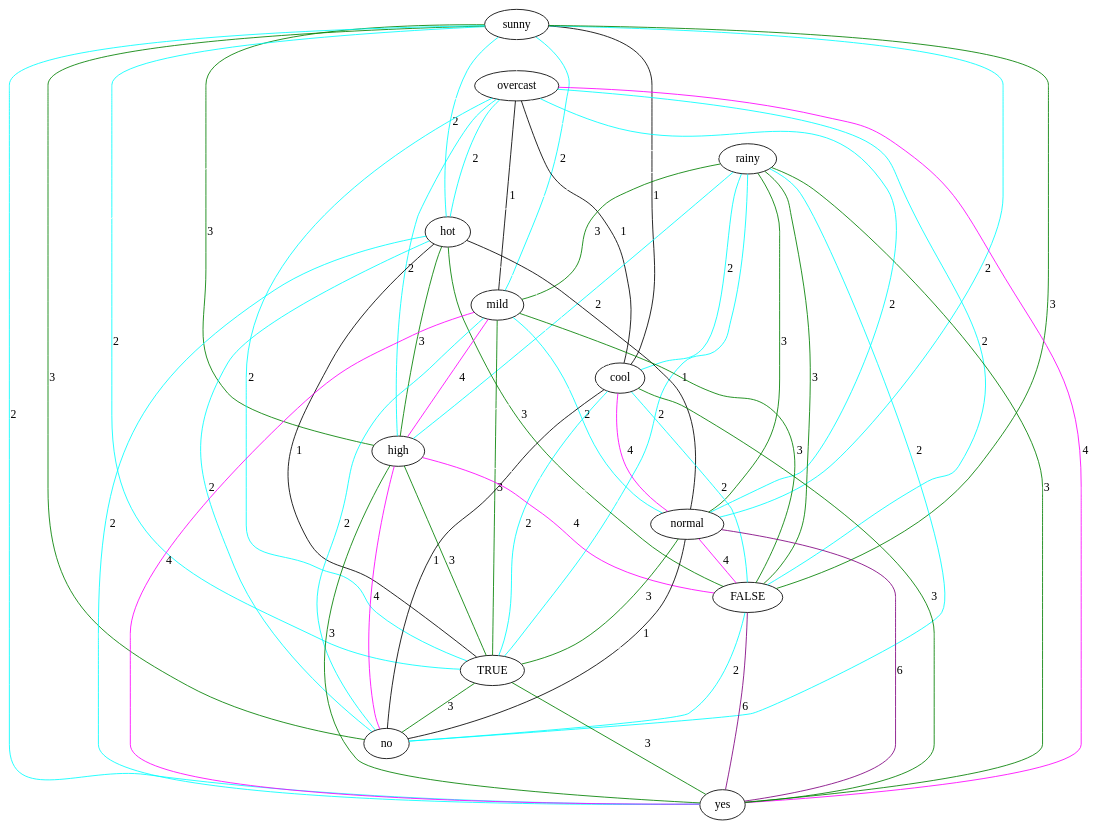
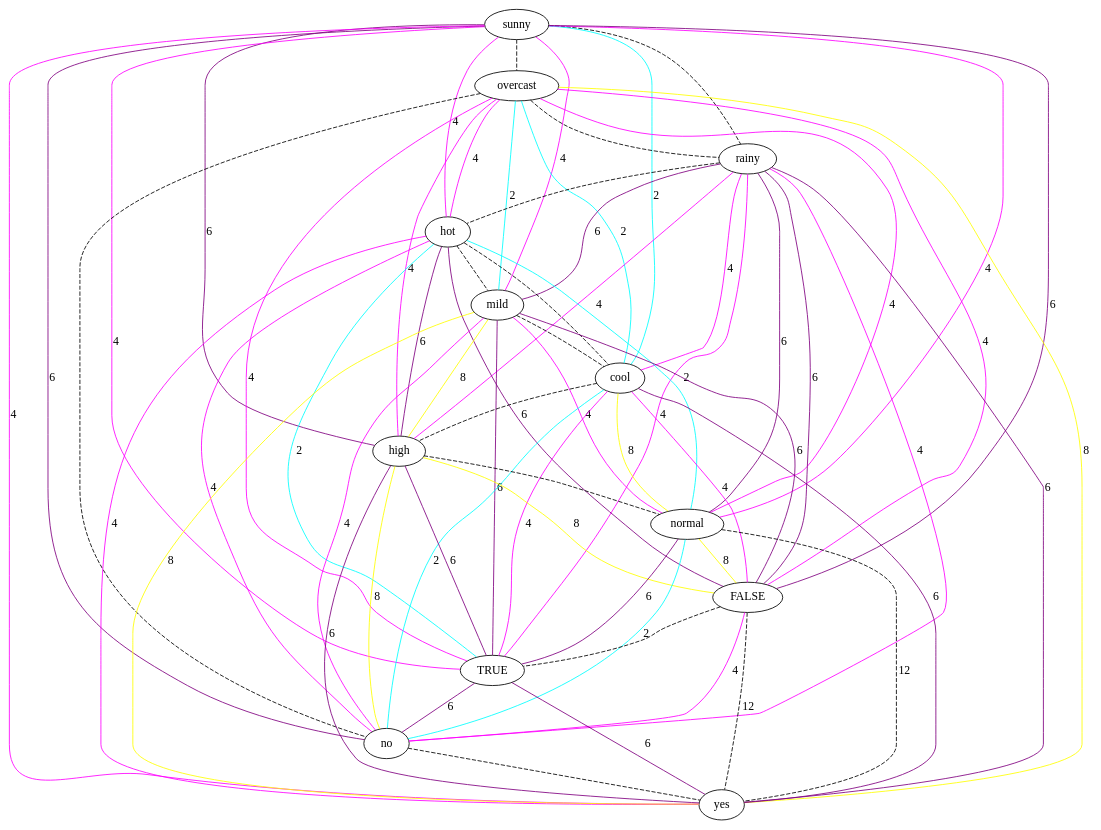
The diagram in src/final/linearGraph.dot (lrodrin/TFG), drawn with Graphviz before and after one commit. The commit also changed 9 other files, not shown here.

```diff
--- a/src/final/linearGraph.dot
+++ b/src/final/linearGraph.dot
@@ -1,80 +1,80 @@
 strict graph "" {
 sunny;
 overcast;
 rainy;
 hot;
 mild;
 cool;
 high;
 normal;
 FALSE;
 TRUE;
 no;
 yes;
-sunny -- overcast  [color=white];
-sunny -- rainy  [color=white];
-sunny -- hot  [color=cyan, label=2];
-sunny -- mild  [color=cyan, label=2];
-sunny -- cool  [color=black, label=1];
-sunny -- high  [color=green, label=3];
-sunny -- normal  [color=cyan, label=2];
-sunny -- FALSE  [color=green, label=3];
-sunny -- TRUE  [color=cyan, label=2];
-sunny -- no  [color=green, label=3];
-sunny -- yes  [color=cyan, label=2];
-overcast -- rainy  [color=white];
-overcast -- hot  [color=cyan, label=2];
-overcast -- mild  [color=black, label=1];
-overcast -- cool  [color=black, label=1];
-overcast -- high  [color=cyan, label=2];
-overcast -- normal  [color=cyan, label=2];
-overcast -- FALSE  [color=cyan, label=2];
-overcast -- TRUE  [color=cyan, label=2];
-overcast -- no  [color=white];
-overcast -- yes  [color=magenta, label=4];
-rainy -- hot  [color=white];
-rainy -- mild  [color=green, label=3];
-rainy -- cool  [color=cyan, label=2];
-rainy -- high  [color=cyan, label=2];
-rainy -- normal  [color=green, label=3];
-rainy -- FALSE  [color=green, label=3];
-rainy -- TRUE  [color=cyan, label=2];
-rainy -- no  [color=cyan, label=2];
-rainy -- yes  [color=green, label=3];
-hot -- mild  [color=white];
-hot -- cool  [color=white];
-hot -- high  [color=green, label=3];
-hot -- normal  [color=black, label=1];
-hot -- FALSE  [color=green, label=3];
-hot -- TRUE  [color=black, label=1];
-hot -- no  [color=cyan, label=2];
-hot -- yes  [color=cyan, label=2];
-mild -- cool  [color=white];
-mild -- high  [color=magenta, label=4];
-mild -- normal  [color=cyan, label=2];
-mild -- FALSE  [color=green, label=3];
-mild -- TRUE  [color=green, label=3];
-mild -- no  [color=cyan, label=2];
-mild -- yes  [color=magenta, label=4];
-cool -- high  [color=white];
-cool -- normal  [color=magenta, label=4];
-cool -- FALSE  [color=cyan, label=2];
-cool -- TRUE  [color=cyan, label=2];
-cool -- no  [color=black, label=1];
-cool -- yes  [color=green, label=3];
-high -- normal  [color=white];
-high -- FALSE  [color=magenta, label=4];
-high -- TRUE  [color=green, label=3];
-high -- no  [color=magenta, label=4];
-high -- yes  [color=green, label=3];
-normal -- FALSE  [color=magenta, label=4];
-normal -- TRUE  [color=green, label=3];
-normal -- no  [color=black, label=1];
-normal -- yes  [color=purple, label=6];
-FALSE -- TRUE  [color=white];
-FALSE -- no  [color=cyan, label=2];
-FALSE -- yes  [color=purple, label=6];
-TRUE -- no  [color=green, label=3];
-TRUE -- yes  [color=green, label=3];
-no -- yes  [color=white];
+sunny -- overcast  [color=black, style=dashed];
+sunny -- rainy  [color=black, style=dashed];
+sunny -- hot  [color=magenta, label=4, style=solid];
+sunny -- mild  [color=magenta, label=4, style=solid];
+sunny -- cool  [color=cyan, label=2, style=solid];
+sunny -- high  [color=purple, label=6, style=solid];
+sunny -- normal  [color=magenta, label=4, style=solid];
+sunny -- FALSE  [color=purple, label=6, style=solid];
+sunny -- TRUE  [color=magenta, label=4, style=solid];
+sunny -- no  [color=purple, label=6, style=solid];
+sunny -- yes  [color=magenta, label=4, style=solid];
+overcast -- rainy  [color=black, style=dashed];
+overcast -- hot  [color=magenta, label=4, style=solid];
+overcast -- mild  [color=cyan, label=2, style=solid];
+overcast -- cool  [color=cyan, label=2, style=solid];
+overcast -- high  [color=magenta, label=4, style=solid];
+overcast -- normal  [color=magenta, label=4, style=solid];
+overcast -- FALSE  [color=magenta, label=4, style=solid];
+overcast -- TRUE  [color=magenta, label=4, style=solid];
+overcast -- no  [color=black, style=dashed];
+overcast -- yes  [color=yellow, label=8, style=solid];
+rainy -- hot  [color=black, style=dashed];
+rainy -- mild  [color=purple, label=6, style=solid];
+rainy -- cool  [color=magenta, label=4, style=solid];
+rainy -- high  [color=magenta, label=4, style=solid];
+rainy -- normal  [color=purple, label=6, style=solid];
+rainy -- FALSE  [color=purple, label=6, style=solid];
+rainy -- TRUE  [color=magenta, label=4, style=solid];
+rainy -- no  [color=magenta, label=4, style=solid];
+rainy -- yes  [color=purple, label=6, style=solid];
+hot -- mild  [color=black, style=dashed];
+hot -- cool  [color=black, style=dashed];
+hot -- high  [color=purple, label=6, style=solid];
+hot -- normal  [color=cyan, label=2, style=solid];
+hot -- FALSE  [color=purple, label=6, style=solid];
+hot -- TRUE  [color=cyan, label=2, style=solid];
+hot -- no  [color=magenta, label=4, style=solid];
+hot -- yes  [color=magenta, label=4, style=solid];
+mild -- cool  [color=black, style=dashed];
+mild -- high  [color=yellow, label=8, style=solid];
+mild -- normal  [color=magenta, label=4, style=solid];
+mild -- FALSE  [color=purple, label=6, style=solid];
+mild -- TRUE  [color=purple, label=6, style=solid];
+mild -- no  [color=magenta, label=4, style=solid];
+mild -- yes  [color=yellow, label=8, style=solid];
+cool -- high  [color=black, style=dashed];
+cool -- normal  [color=yellow, label=8, style=solid];
+cool -- FALSE  [color=magenta, label=4, style=solid];
+cool -- TRUE  [color=magenta, label=4, style=solid];
+cool -- no  [color=cyan, label=2, style=solid];
+cool -- yes  [color=purple, label=6, style=solid];
+high -- normal  [color=black, style=dashed];
+high -- FALSE  [color=yellow, label=8, style=solid];
+high -- TRUE  [color=purple, label=6, style=solid];
+high -- no  [color=yellow, label=8, style=solid];
+high -- yes  [color=purple, label=6, style=solid];
+normal -- FALSE  [color=yellow, label=8, style=solid];
+normal -- TRUE  [color=purple, label=6, style=solid];
+normal -- no  [color=cyan, label=2, style=solid];
+normal -- yes  [color=black, label=12, style=dashed];
+FALSE -- TRUE  [color=black, style=dashed];
+FALSE -- no  [color=magenta, label=4, style=solid];
+FALSE -- yes  [color=black, label=12, style=dashed];
+TRUE -- no  [color=purple, label=6, style=solid];
+TRUE -- yes  [color=purple, label=6, style=solid];
+no -- yes  [color=black, style=dashed];
 }
```
